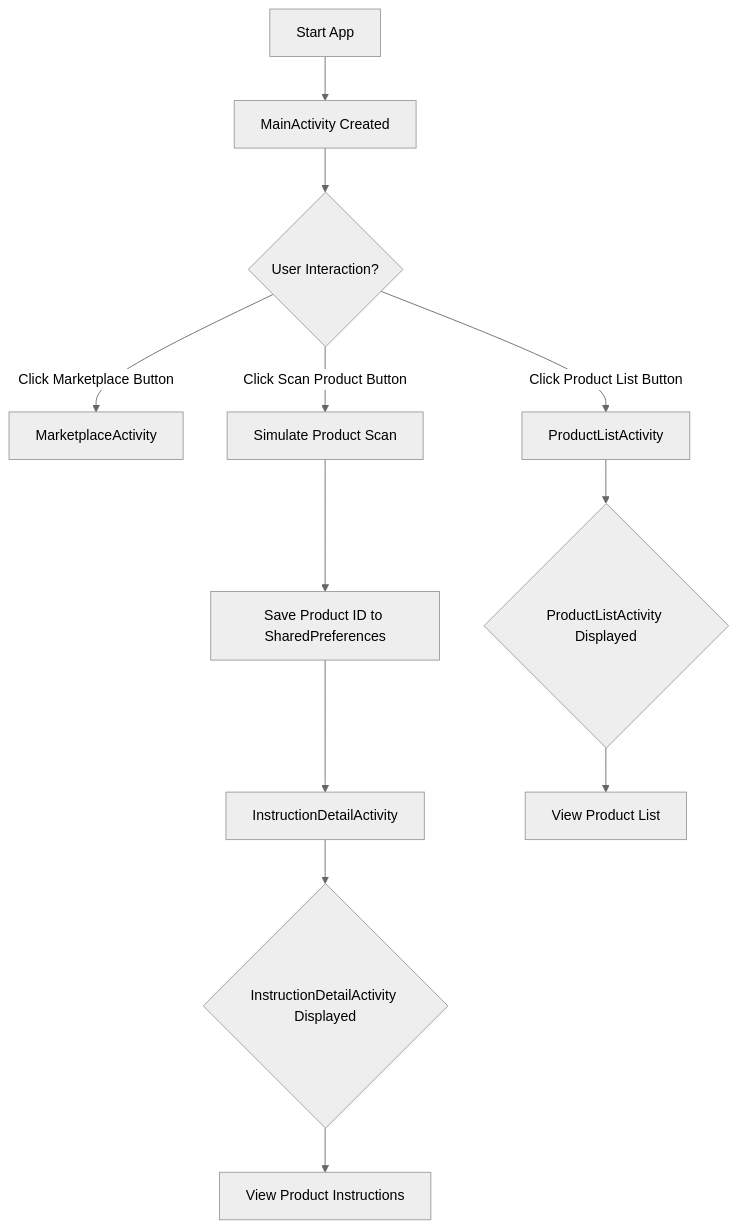
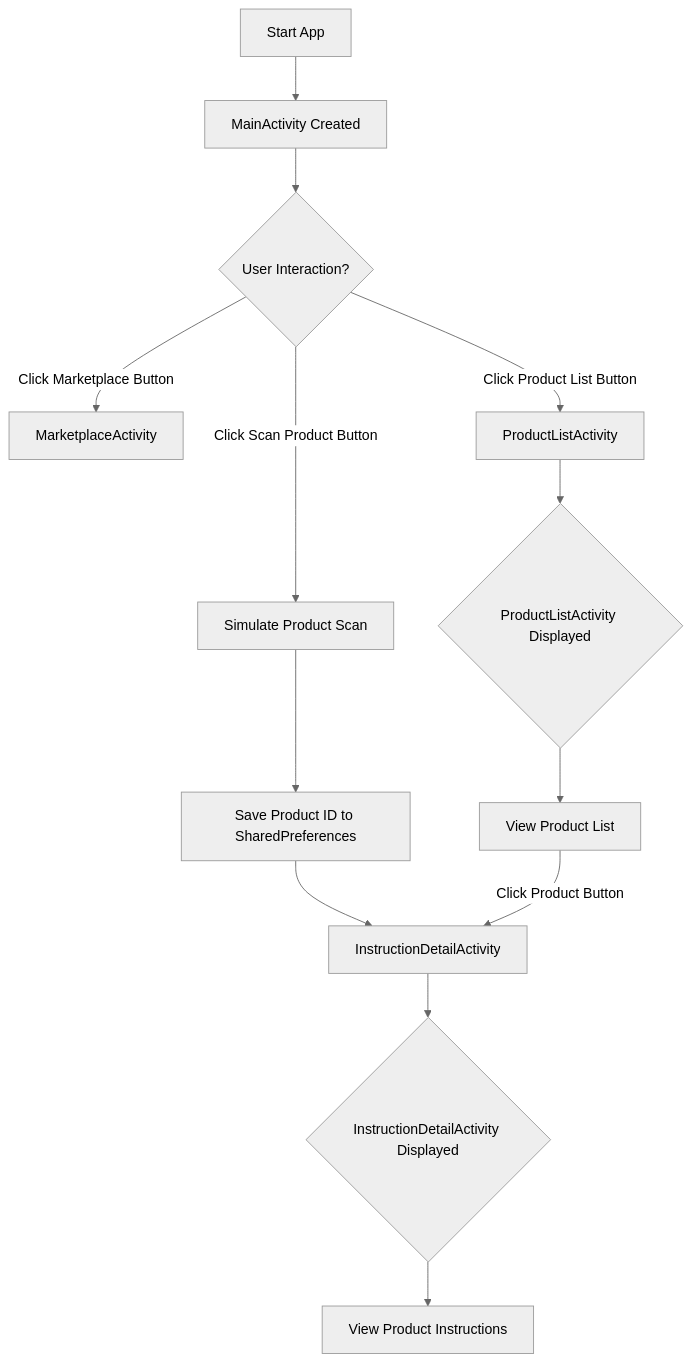
Before and after one commit to ashtoroth8724/BuildWell-App: the diagram in readme.md, drawn with Mermaid (neutral theme).

Commit message:
fix readme graph

````diff
--- a/readme.md
+++ b/readme.md
@@ -57,15 +57,15 @@
 ```mermaid 
 graph TD
     A[Start App] --> B[MainActivity Created]
     B --> C{User Interaction?}
     C -->|Click Marketplace Button| D[MarketplaceActivity]
     C -->|Click Scan Product Button| E[Simulate Product Scan]
     E --> F[Save Product ID to SharedPreferences]
     F --> G[InstructionDetailActivity]
     G --> H{InstructionDetailActivity Displayed}
     H --> K[View Product Instructions]
     C -->|Click Product List Button| I[ProductListActivity]
     I --> J{ProductListActivity Displayed}
-    J --> L[View Product List]
+    J --> L[View Product List] -->|Click Product Button| G
 
 ```
````
